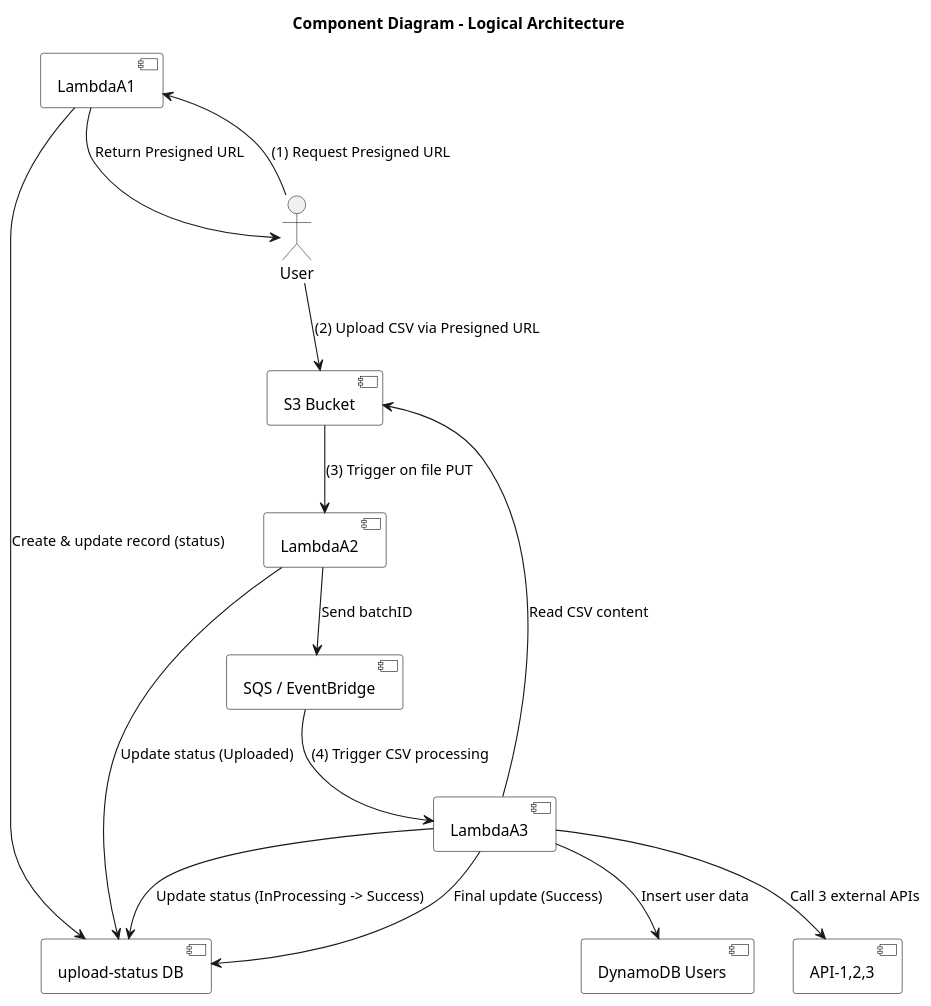
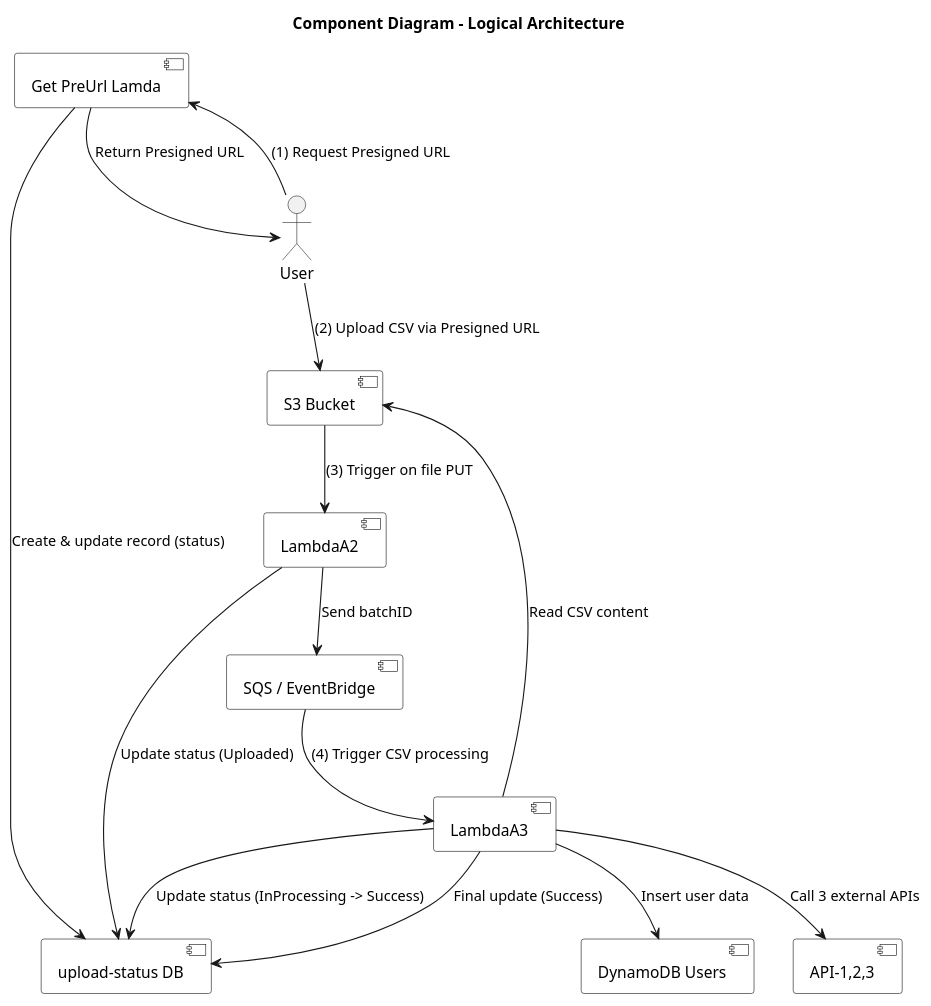
The diagram in EC2-AWS/hitoC/component-diagram.puml (phamLinh98/aws), drawn with PlantUML before and after one commit. The commit also changed 1 other file, not shown here.

Commit message:
Refactor component name in component diagram ``

```diff
--- a/EC2-AWS/hitoC/component-diagram.puml
+++ b/EC2-AWS/hitoC/component-diagram.puml
@@ -1,41 +1,41 @@
 @startuml ComponentDiagram
 title Component Diagram - Logical Architecture
 
 skinparam component {
   FontSize 14
   BackgroundColor #white
   BorderColor black
 }
 
 ' Định nghĩa các thành phần chính
-component "LambdaA1" as compL1
+component "Get PreUrl Lamda" as compL1
 component "upload-status DB" as compDbStatus
 component "S3 Bucket" as compS3
 component "LambdaA2" as compL2
 component "SQS / EventBridge" as compSQS
 component "LambdaA3" as compL3
 component "DynamoDB Users" as compDbUsers
 component "API-1,2,3" as compAPIs
 
 actor "User" as user
 
 ' Mô tả tương tác
 user --> compL1 : (1) Request Presigned URL
 compL1 --> compDbStatus : Create & update record (status)
 compL1 --> user : Return Presigned URL
 
 user --> compS3 : (2) Upload CSV via Presigned URL
 compS3 --> compL2 : (3) Trigger on file PUT
 
 compL2 --> compDbStatus : Update status (Uploaded)
 compL2 --> compSQS : Send batchID
 
 compSQS --> compL3 : (4) Trigger CSV processing
 
 compL3 --> compDbStatus : Update status (InProcessing -> Success)
 compL3 --> compS3 : Read CSV content
 compL3 --> compDbUsers : Insert user data
 compL3 --> compAPIs : Call 3 external APIs
 compL3 --> compDbStatus : Final update (Success)
 
 @endumls
```
